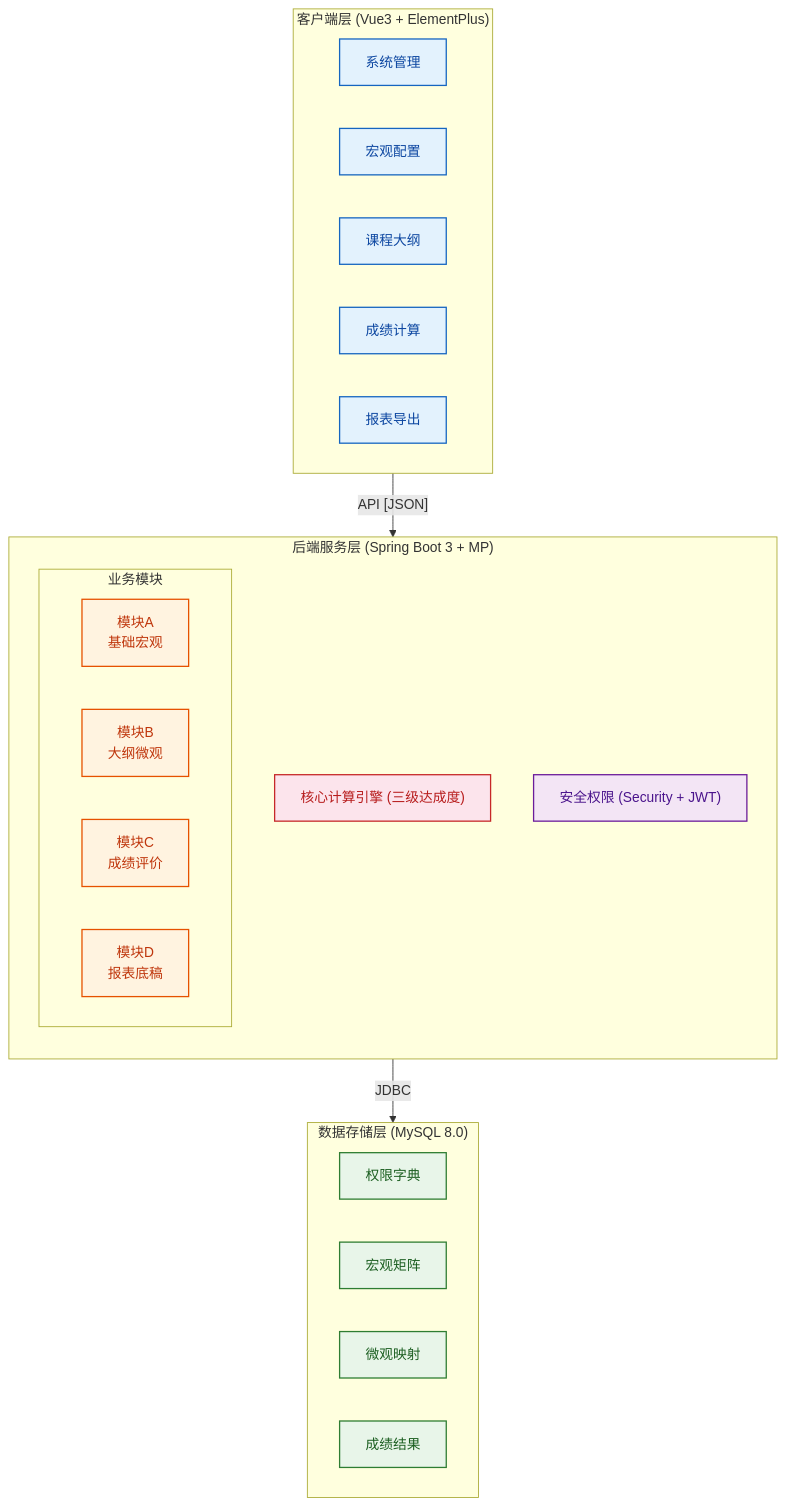
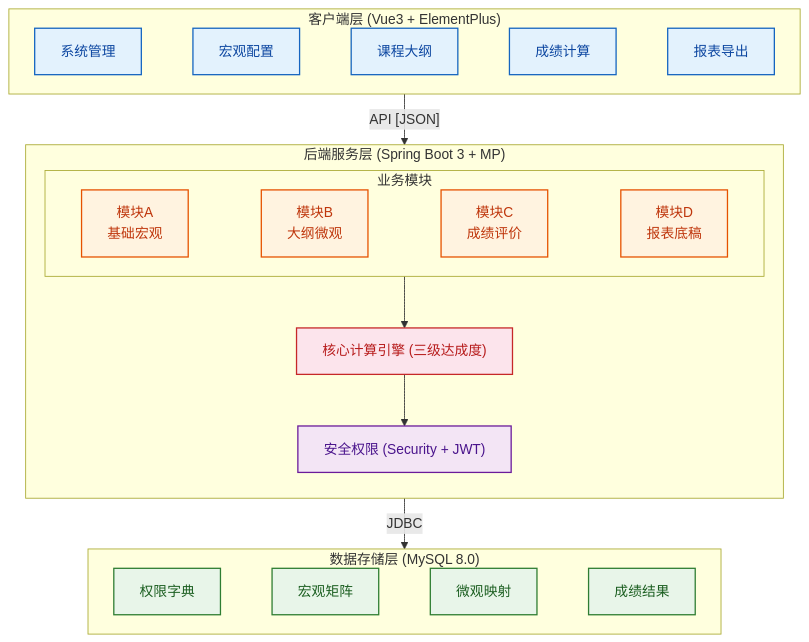
Before and after one commit to mouyu654/course_oss: the first of 6 diagrams in docs/系统架构设计.md, drawn with Mermaid.

Commit message:
更新了系统架构图
缩小了间距，减少占位

````diff
--- a/docs/系统架构设计.md
+++ b/docs/系统架构设计.md
@@ -16,52 +16,49 @@
 ```mermaid
+%%{init: {
+  'theme': 'default',
+  'flowchart': { 'nodeSpacing': 25, 'rankSpacing': 35 },
+  'themeCSS': '.node rect, .node circle { padding: 5px 10px !important; } .label { font-size: 13px !important; }'
+}}%%
+
 graph TD
-    %% 优化：利用themeCSS压缩节点内边距，确保字体不被遮挡
-    %%{init: {'theme': 'default', 'themeCSS': '.node rect, .node circle { padding: 4px 8px !important; } .label { font-size: 13px !important; }'}}%%
-
     subgraph Client["客户端层 (Vue3 + ElementPlus)"]
         direction LR
-        C1["系统管理"]
-        C2["宏观配置"]
-        C3["课程大纲"]
-        C4["成绩计算"]
-        C5["报表导出"]
+        C1["系统管理"] ~~~ C2["宏观配置"] ~~~ C3["课程大纲"] ~~~ C4["成绩计算"] ~~~ C5["报表导出"]
     end
 
     subgraph Backend["后端服务层 (Spring Boot 3 + MP)"]
         direction TB
         subgraph Modules["业务模块"]
             direction LR
-            B1["模块A<br/>基础宏观"]
-            B2["模块B<br/>大纲微观"]
-            B3["模块C<br/>成绩评价"]
-            B4["模块D<br/>报表底稿"]
+            B1["模块A<br/>基础宏观"] ~~~ B2["模块B<br/>大纲微观"] ~~~ B3["模块C<br/>成绩评价"] ~~~ B4["模块D<br/>报表底稿"]
         end
         Engine["核心计算引擎 (三级达成度)"]
         Security["安全权限 (Security + JWT)"]
+        
+        %% 调整后端内部纵向紧凑度
+        Modules --> Engine
+        Engine --> Security
     end
 
     subgraph Storage["数据存储层 (MySQL 8.0)"]
         direction LR
-        D1["权限字典"]
-        D2["宏观矩阵"]
-        D3["微观映射"]
-        D4["成绩结果"]
+        D1["权限字典"] ~~~ D2["宏观矩阵"] ~~~ D3["微观映射"] ~~~ D4["成绩结果"]
     end
 
     %% 核心链路
     Client -->|"API [JSON]"| Backend
     Backend -->|"JDBC"| Storage
 
     %% 样式定义
     classDef clientStyle fill:#e3f2fd,stroke:#1565c0,stroke-width:1.5px,color:#0d47a1
     classDef backendStyle fill:#fff3e0,stroke:#e65100,stroke-width:1.5px,color:#bf360c
     classDef storageStyle fill:#e8f5e9,stroke:#2e7d32,stroke-width:1.5px,color:#1b5e20
     classDef engineStyle fill:#fce4ec,stroke:#c62828,stroke-width:1.5px,color:#b71c1c
     classDef securityStyle fill:#f3e5f5,stroke:#6a1b9a,stroke-width:1.5px,color:#4a148c
 
     class C1,C2,C3,C4,C5 clientStyle
     class B1,B2,B3,B4 backendStyle
     class Engine engineStyle
     class Security securityStyle
     class D1,D2,D3,D4 storageStyle
 ```
````
